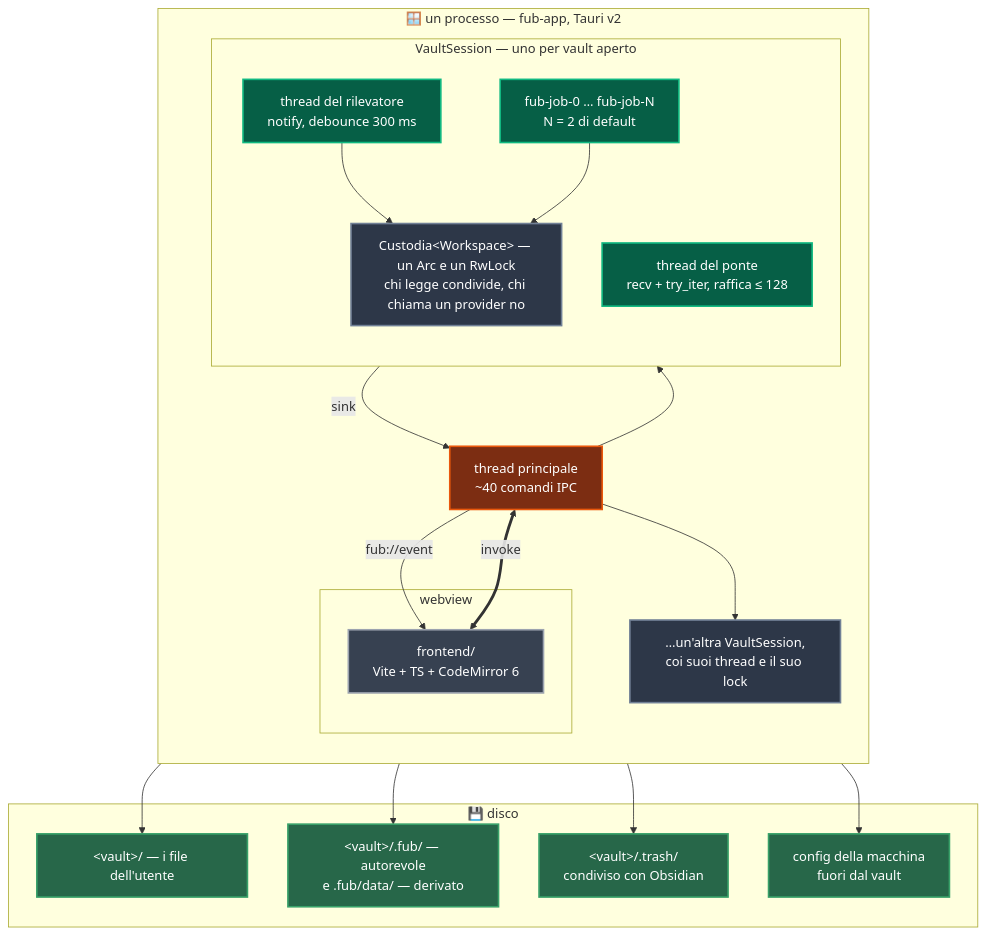
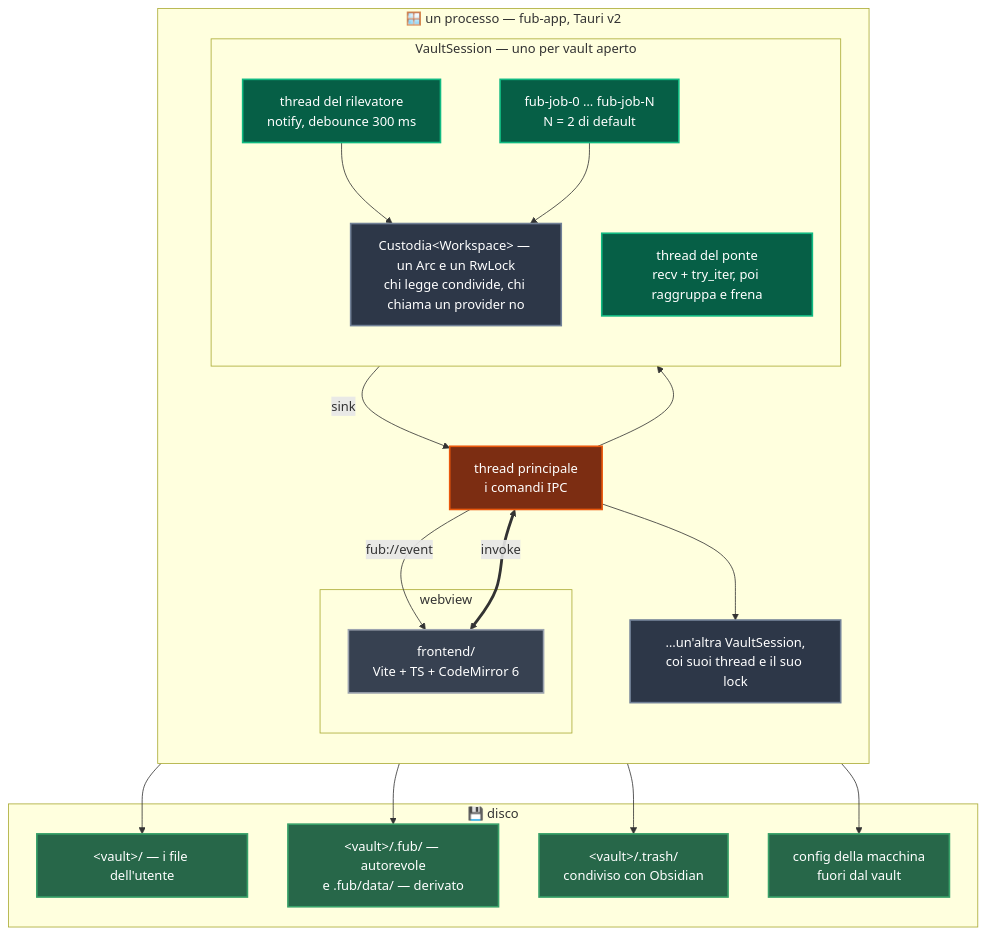
One commit to Fubeo/Fub changed the fourth of 4 diagrams in docs/architecture/mappa-visuale.md. Above: the diagram before and after it, drawn with Mermaid. The commit also changed other lines of this file and 1 other file, not shown here.

````diff
--- a/docs/architecture/mappa-visuale.md
+++ b/docs/architecture/mappa-visuale.md
@@ -292,44 +412,44 @@
 ```mermaid
 flowchart TB
     classDef proc  fill:#7c2d12,stroke:#ea580c,stroke-width:2px,color:#fff
     classDef ui    fill:#374151,stroke:#9ca3af,stroke-width:2px,color:#fff
     classDef core  fill:#2d3748,stroke:#718096,stroke-width:2px,color:#fff
     classDef th    fill:#065f46,stroke:#10b981,stroke-width:2px,color:#fff
     classDef disk  fill:#276749,stroke:#38a169,stroke-width:2px,color:#fff
 
     subgraph PROC ["🪟 un processo — fub-app, Tauri v2"]
         direction TB
         subgraph WV ["webview"]
             Shell["frontend/<br>Vite + TS + CodeMirror 6"]:::ui
         end
-        Main["thread principale<br>~40 comandi IPC"]:::proc
+        Main["thread principale<br>i comandi IPC"]:::proc
 
         subgraph S1 ["VaultSession — uno per vault aperto"]
             direction TB
             WSL["Custodia&lt;Workspace&gt; — un Arc e un RwLock<br>chi legge condivide, chi chiama un provider no"]:::core
-            TB1["thread del ponte<br>recv + try_iter, raffica ≤ 128"]:::th
+            TB1["thread del ponte<br>recv + try_iter, poi raggruppa e frena"]:::th
             TW["thread del rilevatore<br>notify, debounce 300 ms"]:::th
             TJ["fub-job-0 … fub-job-N<br>N = 2 di default"]:::th
         end
         S2["…un'altra VaultSession,<br>coi suoi thread e il suo lock"]:::core
     end
 
     subgraph DISCO ["💾 disco"]
         Vault["&lt;vault&gt;/ — i file dell'utente"]:::disk
         Root["&lt;vault&gt;/.fub/ — autorevole<br>e .fub/data/ — derivato"]:::disk
         Trash["&lt;vault&gt;/.trash/<br>condiviso con Obsidian"]:::disk
         MConf["config della macchina<br>fuori dal vault"]:::disk
     end
 
     Shell <==>|"invoke"| Main
     Main -->|"fub://event"| Shell
     Main --> WSL
     TB1 -->|"sink"| Main
     TW --> WSL
     TJ --> WSL
     WSL --> Vault
     WSL --> Root
     WSL --> Trash
     Main --> MConf
     Main --> S2
 ```
````
